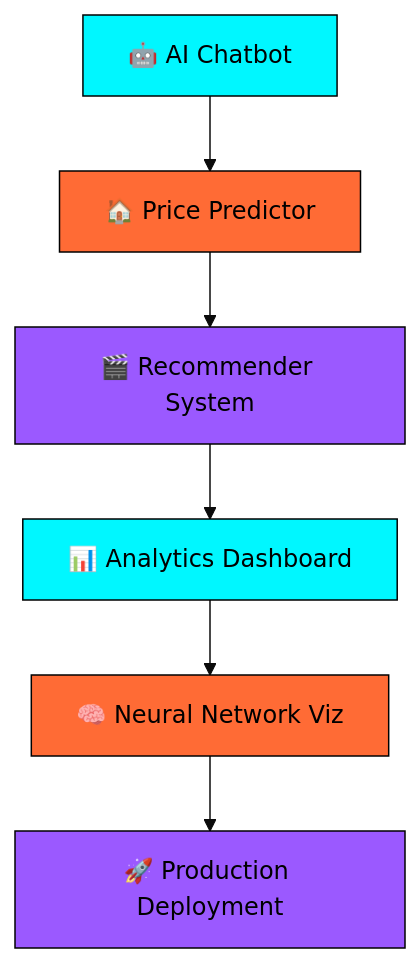
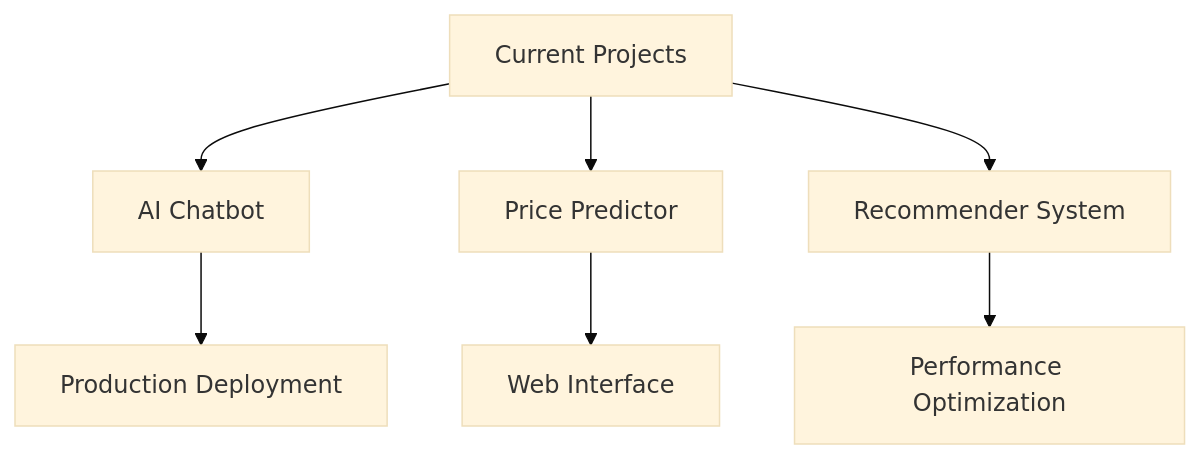
The diagram in README.md (gadekardarshan/gadekardarshan), drawn with Mermaid (base theme) before and after one commit. The commit also changed other lines of this file, not shown here.

````diff
--- a/README.md
+++ b/README.md
@@ -434,15 +273,9 @@
 ```mermaid
 graph TD
-    A[🤖 AI Chatbot] --> B[🏠 Price Predictor]
-    B --> C[🎬 Recommender System] 
-    C --> D[📊 Analytics Dashboard]
-    D --> E[🧠 Neural Network Viz]
-    E --> F[🚀 Production Deployment]
-    
-    style A fill:#00F7FF,stroke:#000,color:#000
-    style B fill:#FF6B35,stroke:#000,color:#000
-    style C fill:#9B59FF,stroke:#000,color:#000
-    style D fill:#00F7FF,stroke:#000,color:#000
-    style E fill:#FF6B35,stroke:#000,color:#000
-    style F fill:#9B59FF,stroke:#000,color:#000
+    A[Current Projects] --> B[AI Chatbot]
+    A --> C[Price Predictor]
+    A --> D[Recommender System]
+    B --> E[Production Deployment]
+    C --> F[Web Interface]
+    D --> G[Performance Optimization]
 ```
````
